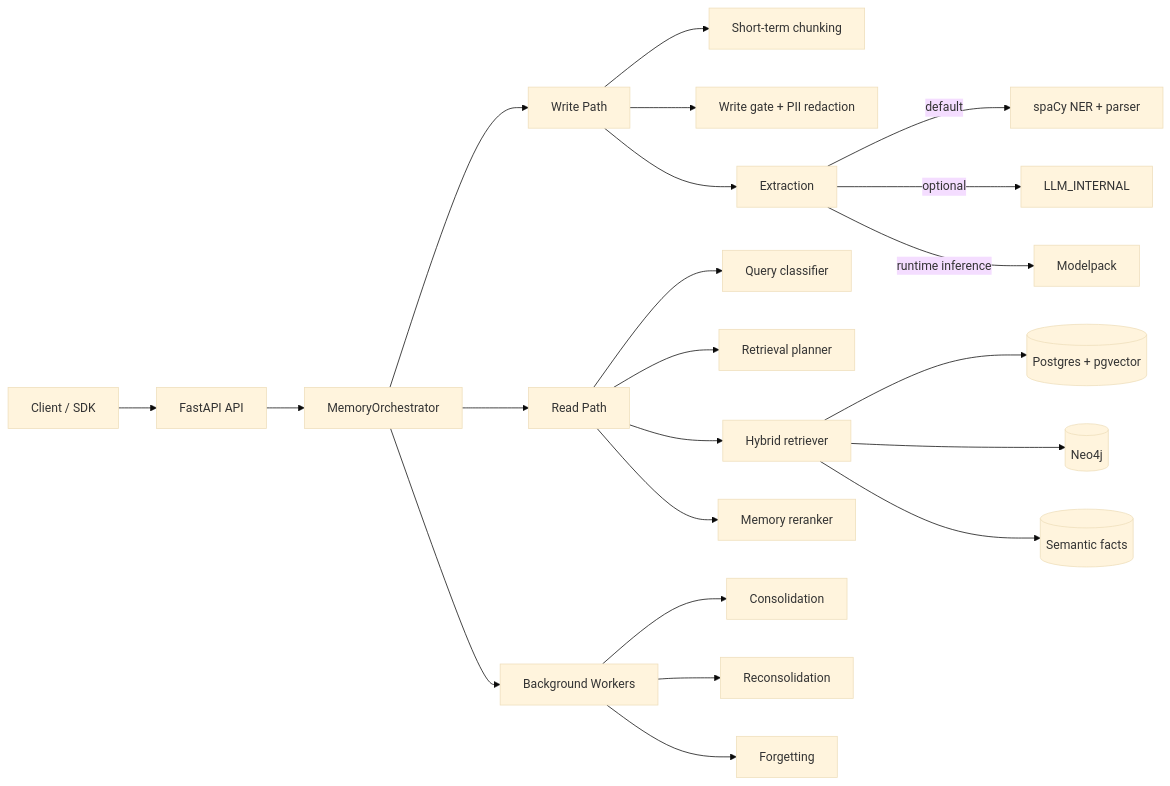
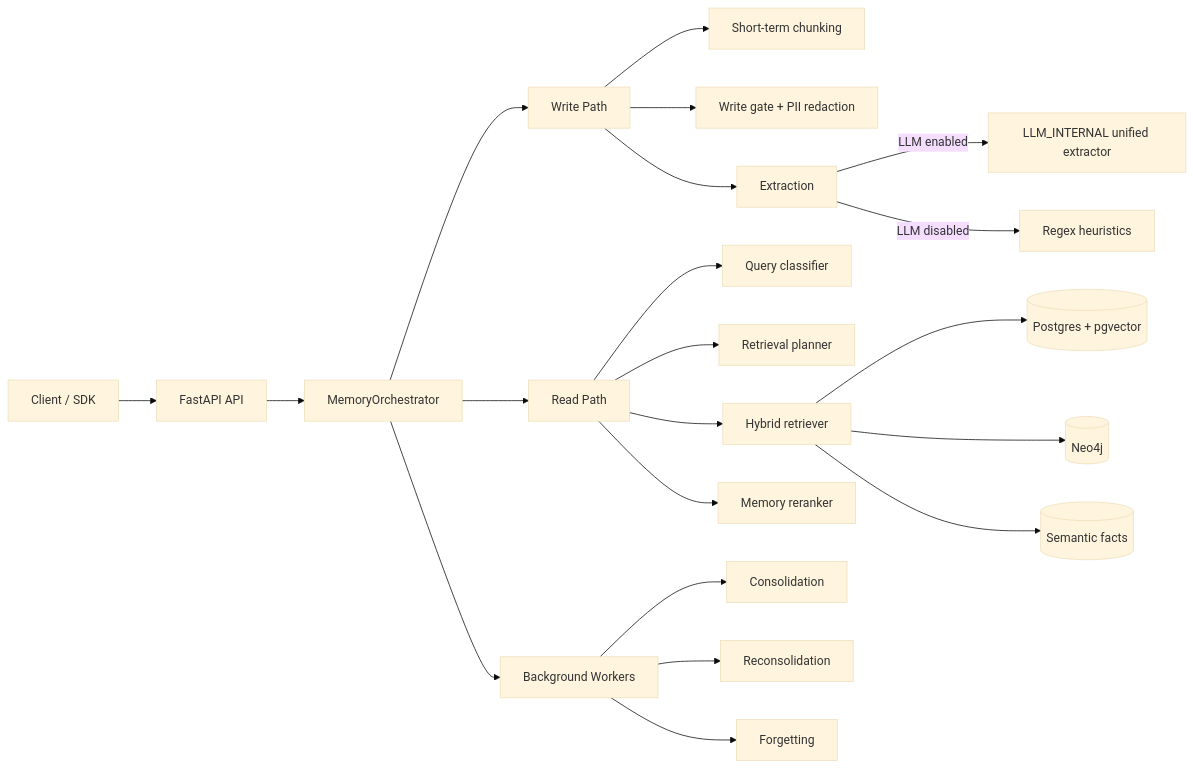
One commit to avinash-mall/CognitiveMemoryLayer changed the first of 2 diagrams in README.md. Above: the diagram before and after it, drawn with Mermaid (base theme). The commit also changed other lines of this file and 17 other files, not shown here.

````diff
--- a/README.md
+++ b/README.md
@@ -148,29 +148,28 @@
 ```mermaid
 flowchart LR
     C[Client / SDK] --> API[FastAPI API]
     API --> ORCH[MemoryOrchestrator]
 
     ORCH --> WRITE[Write Path]
     ORCH --> READ[Read Path]
     ORCH --> BG[Background Workers]
 
     WRITE --> STM[Short-term chunking]
     WRITE --> GATE[Write gate + PII redaction]
     WRITE --> EXT[Extraction]
-    EXT -->|default| NER[spaCy NER + parser]
-    EXT -->|optional| LLM[LLM_INTERNAL]
-    EXT -->|runtime inference| MP[Modelpack]
+    EXT -->|LLM enabled| LLM[LLM_INTERNAL unified extractor]
+    EXT -->|LLM disabled| HEUR[Regex heuristics]
 
     READ --> CLS2[Query classifier]
     READ --> PLAN[Retrieval planner]
     READ --> RET[Hybrid retriever]
     READ --> RER[Memory reranker]
 
     RET --> PG[(Postgres + pgvector)]
     RET --> NEO[(Neo4j)]
     RET --> FACT[(Semantic facts)]
 
     BG --> CONS[Consolidation]
     BG --> RECON[Reconsolidation]
     BG --> FORGET[Forgetting]
 ```
````
